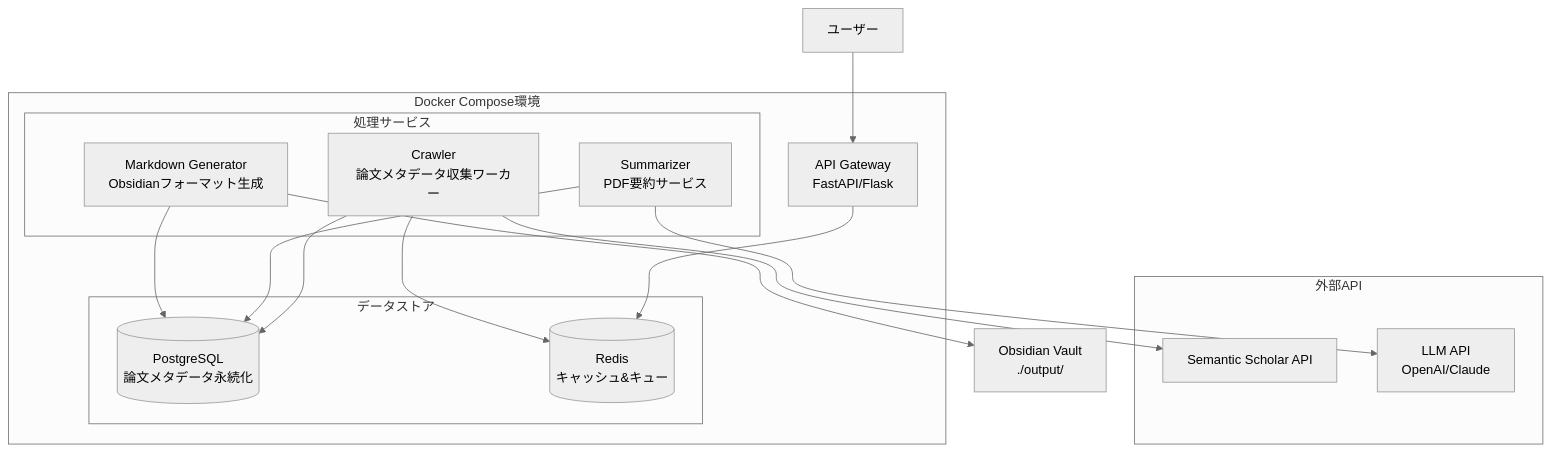
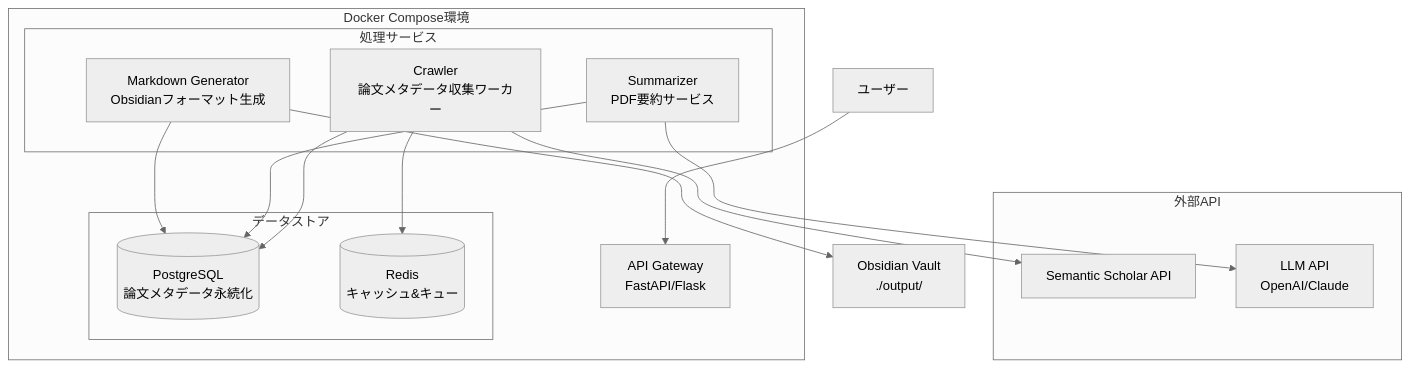
One commit to tsuji-tomonori/ref-net changed the first of 5 diagrams in docs/design/architecture.md. Above: the diagram before and after it, drawn with Mermaid (neutral theme).

Commit message:
refactor(design): コンポーネントからのみ線を出すようにDocker構成図を改善
- API Gatewayから処理サービスへの線を削除
- 処理サービスからのみ外部接続線を描画
- 線の混雑を解消し、視認性を向上

🤖 Generated with [Claude Code](https://claude.ai/code)

````diff
--- a/docs/design/architecture.md
+++ b/docs/design/architecture.md
@@ -7,52 +7,49 @@
 ```mermaid
 graph TB
     %% ユーザー
     User[ユーザー]
 
     %% 外部API
     subgraph "外部API"
         SemanticAPI[Semantic Scholar API]
         LLMAPI[LLM API<br/>OpenAI/Claude]
     end
 
     %% Docker Compose環境
     subgraph "Docker Compose環境"
         %% API Gateway
         API[API Gateway<br/>FastAPI/Flask]
 
         %% 処理サービス
         subgraph "処理サービス"
             Crawler[Crawler<br/>論文メタデータ収集ワーカー]
             Summarizer[Summarizer<br/>PDF要約サービス]
             Generator[Markdown Generator<br/>Obsidianフォーマット生成]
         end
 
         %% データストア
         subgraph "データストア"
             PostgreSQL[(PostgreSQL<br/>論文メタデータ永続化)]
             Redis[(Redis<br/>キャッシュ&キュー)]
         end
     end
 
     %% 出力
     Obsidian[Obsidian Vault<br/>./output/]
 
-    %% 接続関係
+    %% 接続関係（ユーザーからAPIのみ）
     User --> API
 
-    %% API Gateway → キュー経由での処理
-    API --> Redis
-
-    %% 処理サービス → データストア
+    %% 処理サービス → データストア・キュー
     Crawler --> PostgreSQL
     Crawler --> Redis
     Summarizer --> PostgreSQL
     Generator --> PostgreSQL
 
-    %% 外部API接続
+    %% 処理サービス → 外部API
     Crawler --> SemanticAPI
     Summarizer --> LLMAPI
 
-    %% 出力
+    %% 処理サービス → 出力
     Generator --> Obsidian
 ```
````
